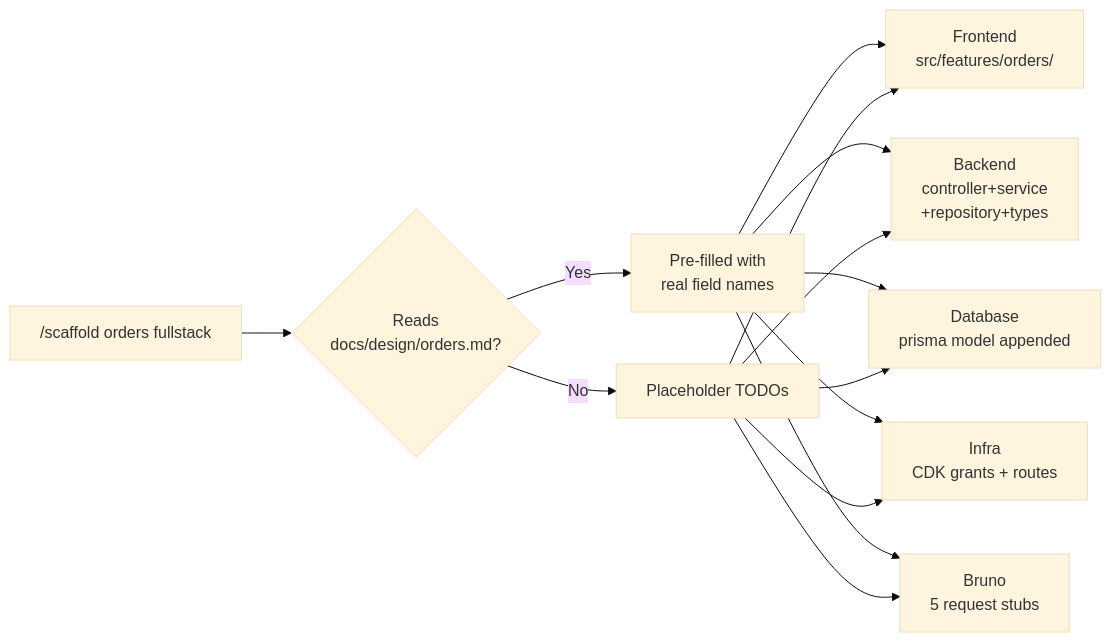
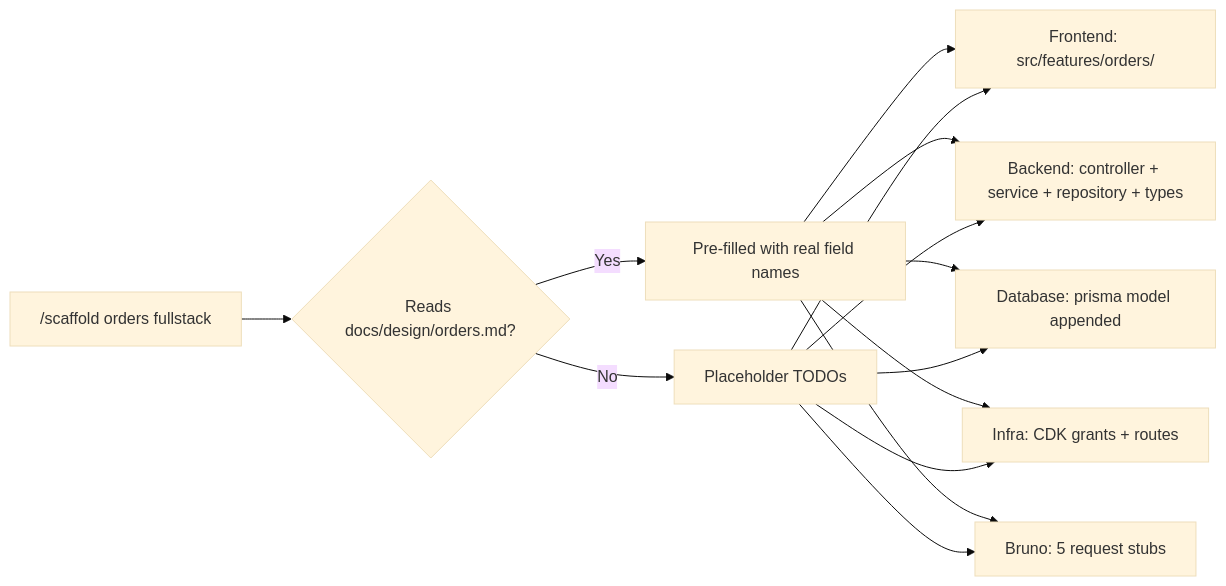
One commit to manikumarkv/devrunway-claude-plugin changed the sixth of 10 diagrams in README.md. Above: the diagram before and after it, drawn with Mermaid (base theme). The commit also changed other lines of this file, not shown here.

First line of the commit message:
fix(docs): fix Mermaid lexer errors in all diagrams

````diff
--- a/README.md
+++ b/README.md
@@ -139,11 +140,11 @@
 ```mermaid
 flowchart LR
-    A["/scaffold orders fullstack"] --> B{Reads\ndocs/design/orders.md?}
-    B -->|Yes| C[Pre-filled with\nreal field names]
+    A["/scaffold orders fullstack"] --> B{"Reads docs/design/orders.md?"}
+    B -->|Yes| C[Pre-filled with real field names]
     B -->|No| D[Placeholder TODOs]
-    C & D --> E[Frontend\nsrc/features/orders/]
-    C & D --> F[Backend\ncontroller+service\n+repository+types]
-    C & D --> G[Database\nprisma model appended]
-    C & D --> H[Infra\nCDK grants + routes]
-    C & D --> I[Bruno\n5 request stubs]
+    C & D --> E["Frontend: src/features/orders/"]
+    C & D --> F["Backend: controller + service + repository + types"]
+    C & D --> G["Database: prisma model appended"]
+    C & D --> H["Infra: CDK grants + routes"]
+    C & D --> I["Bruno: 5 request stubs"]
 ```
````
